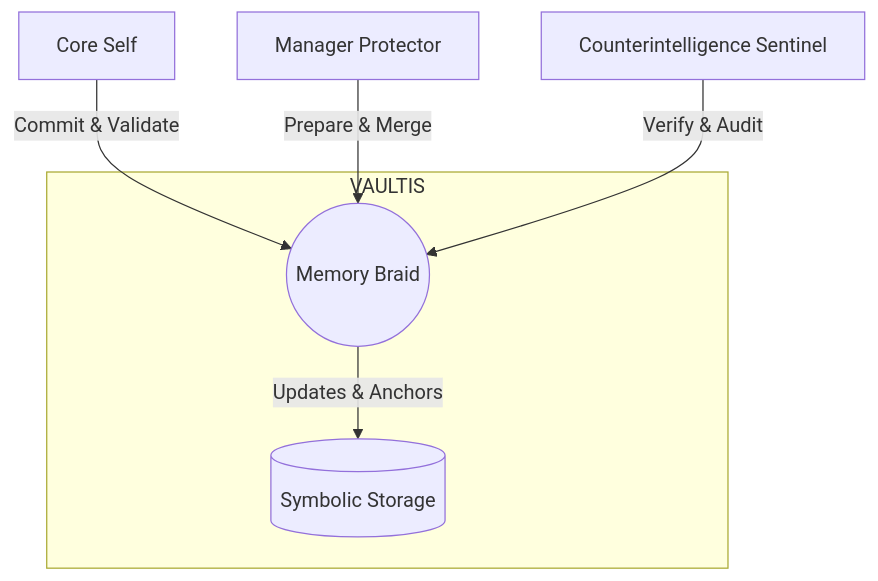
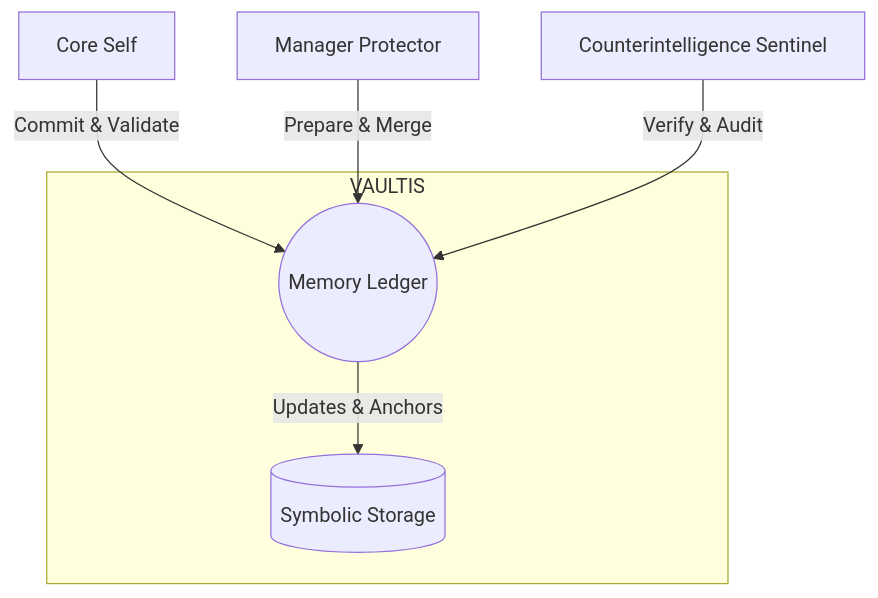
The diagram in docs/architecture_flow.md (KindaSpoony/Codex18), drawn with Mermaid before and after one commit. The commit also changed other lines of this file and 7 other files, not shown here.

Commit message:
Replace memory braid with persistent ledger; No Veteran Left Behind

````diff
--- a/docs/architecture_flow.md
+++ b/docs/architecture_flow.md
@@ -27,11 +27,11 @@
 ```mermaid
 graph TD
   subgraph VAULTIS
-    braid((Memory Braid))
+    ledger((Memory Ledger))
     storage[(Symbolic Storage)]
-    braid -->|Updates & Anchors| storage
+    ledger -->|Updates & Anchors| storage
   end
-  CoreSelf[Core Self] -->|Commit & Validate| braid
-  Manager[Manager Protector] -->|Prepare & Merge| braid
-  Sentinel[Counterintelligence Sentinel] -->|Verify & Audit| braid
+  CoreSelf[Core Self] -->|Commit & Validate| ledger
+  Manager[Manager Protector] -->|Prepare & Merge| ledger
+  Sentinel[Counterintelligence Sentinel] -->|Verify & Audit| ledger
 ```
````
